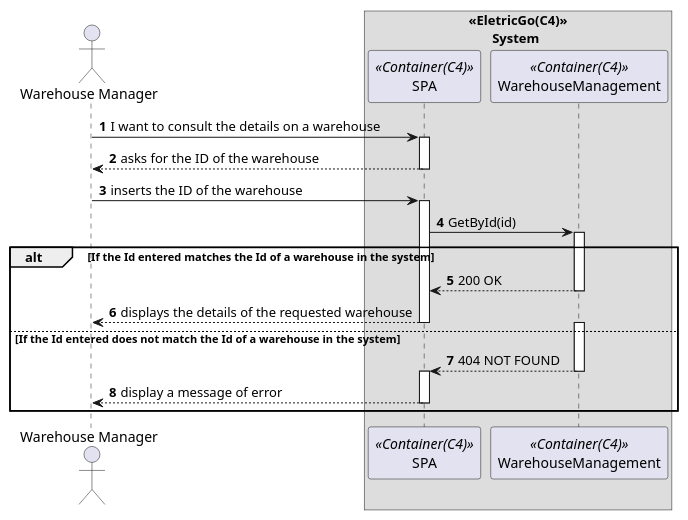
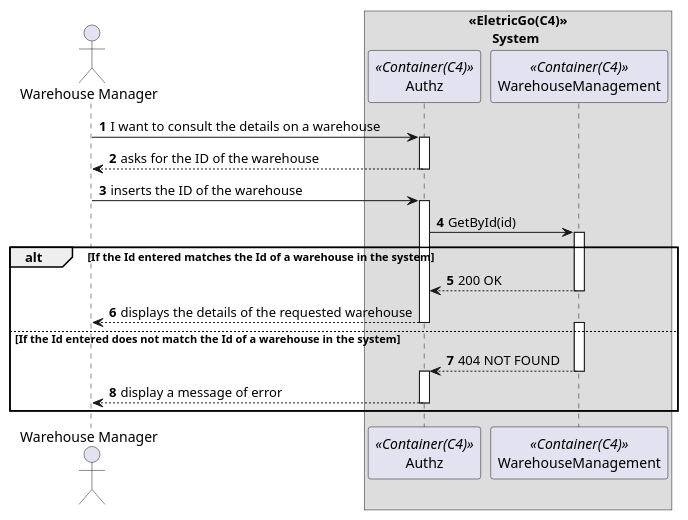
One commit to 0franciscor/dei_3dj_057 changed the diagram in Documents/1200720/.puml/readWarehouseSD.puml. Above: the diagram before and after it, drawn with PlantUML. The commit also changed 30 other files, not shown here.

Commit message:
#134 - Diagramas de nível 3 relativos a vista de processos da criação, edição e listagem dos armazéns.

```diff
--- a/Documents/1200720/.puml/readWarehouseSD.puml
+++ b/Documents/1200720/.puml/readWarehouseSD.puml
@@ -1,36 +1,36 @@
 @startuml 
 autonumber
 
 actor "Warehouse Manager" as admin
 box "<<EletricGo(C4)>>\n       System"
-participant SPA as system <<Container(C4)>>
+participant Authz as system <<Container(C4)>>
 participant WarehouseManagement as  WM <<Container(C4)>>
 end box
 
 admin -> system: I want to consult the details on a warehouse
 activate system
 
 system --> admin: asks for the ID of the warehouse
 deactivate system
 
 admin -> system: inserts the ID of the warehouse
 activate system
 system -> WM : GetById(id)
 alt If the Id entered matches the Id of a warehouse in the system
 activate WM
 WM --> system : 200 OK 
 deactivate WM 
 system --> admin: displays the details of the requested warehouse
 deactivate system
 
 else If the Id entered does not match the Id of a warehouse in the system
 activate WM
 WM --> system : 404 NOT FOUND
 deactivate WM 
 activate system
 system --> admin : display a message of error   
 deactivate system
 end
 deactivate admin
 
 @enduml
```
